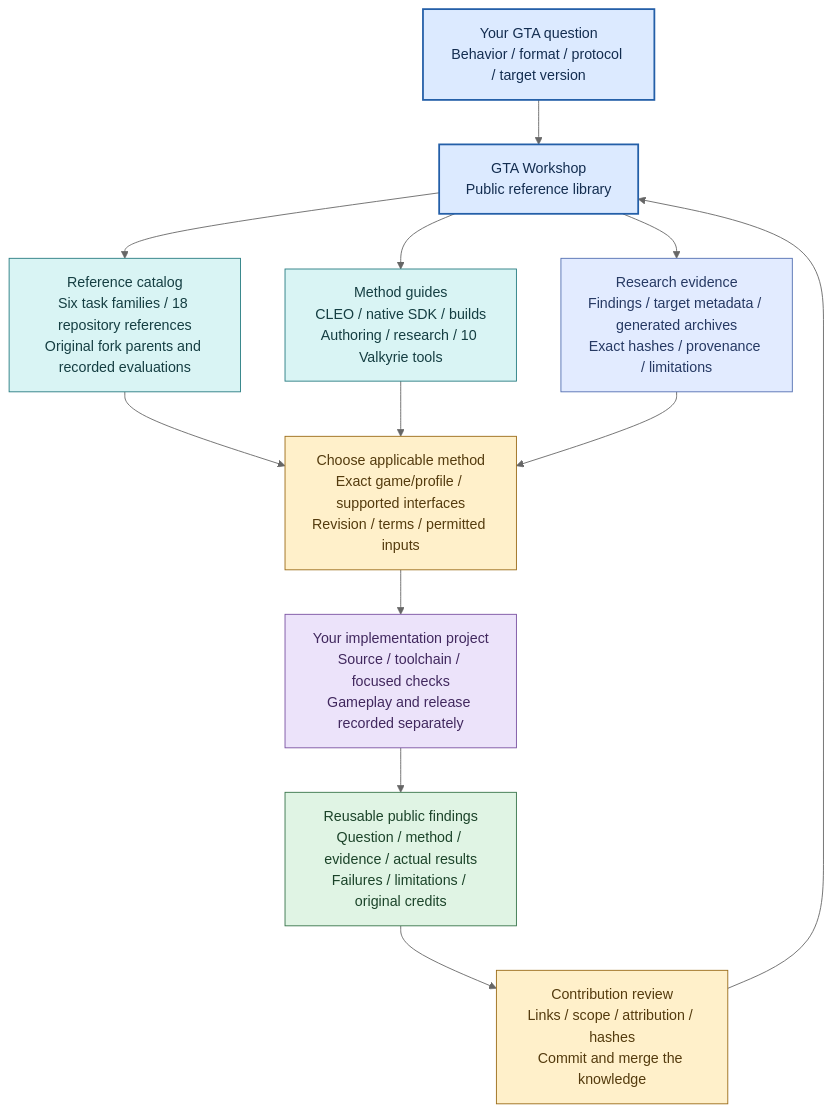
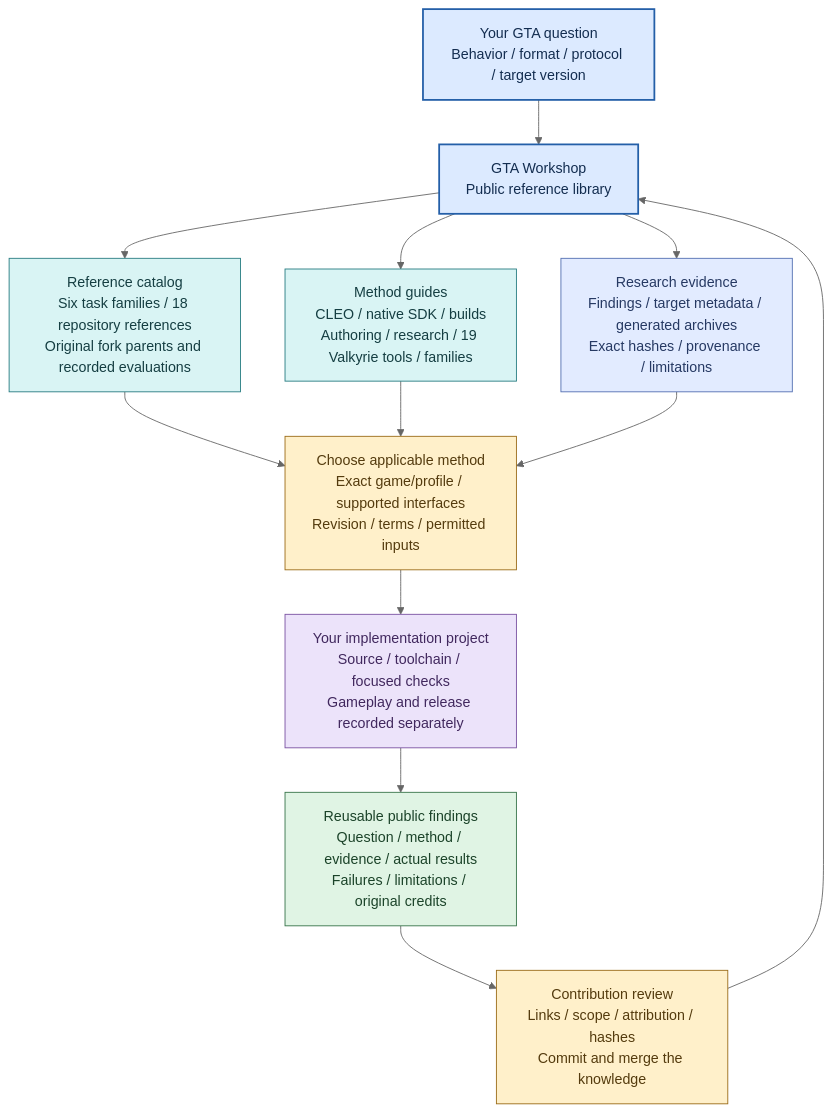
The diagram in docs/workshop/ownership.mmd (darkcenturies/gta-workshop), drawn with Mermaid (neutral theme) before and after one commit. The commit also changed 42 other files, not shown here.

Commit message:
Publish nine standalone Valkyrie tools and public GTA III development findings.

```diff
--- a/docs/workshop/ownership.mmd
+++ b/docs/workshop/ownership.mmd
@@ -1,43 +1,43 @@
 flowchart TB
     accTitle: Public GTA reference library navigation
     accDescr: A reader chooses a GTA task, consults public upstream references and methods, studies evidence, works in their own implementation project and returns reusable findings. No private product owners are cataloged.
     Q["Your GTA question
 Behavior / format / protocol / target version"]:::hub
     LIB["GTA Workshop
 Public reference library"]:::hub
     CAT["Reference catalog
 Six task families / 18 repository references
 Original fork parents and recorded evaluations"]:::reference
     GUIDE["Method guides
 CLEO / native SDK / builds
-Authoring / research / 10 Valkyrie tools"]:::reference
+Authoring / research / 19 Valkyrie tools / families"]:::reference
     EVID["Research evidence
 Findings / target metadata / generated archives
 Exact hashes / provenance / limitations"]:::evidence
     TASK["Choose applicable method
 Exact game/profile / supported interfaces
 Revision / terms / permitted inputs"]:::gate
     WORK["Your implementation project
 Source / toolchain / focused checks
 Gameplay and release recorded separately"]:::project
     RETURN["Reusable public findings
 Question / method / evidence / actual results
 Failures / limitations / original credits"]:::public
     REVIEW["Contribution review
 Links / scope / attribution / hashes
 Commit and merge the knowledge"]:::gate
     Q --> LIB
     LIB --> CAT & GUIDE & EVID
     CAT & GUIDE & EVID --> TASK
     TASK --> WORK
     WORK --> RETURN
     RETURN --> REVIEW
     REVIEW --> LIB
 
     classDef hub fill:#dceaff,stroke:#245fa8,color:#132d50,stroke-width:2px;
     classDef reference fill:#d9f4f4,stroke:#267b80,color:#153e42;
     classDef gate fill:#fff0ca,stroke:#9a6a16,color:#543b0e;
     classDef evidence fill:#e2ebff,stroke:#526eb1,color:#263963;
     classDef public fill:#e0f4e4,stroke:#367349,color:#1b4329;
     classDef project fill:#ece3fa,stroke:#7950a1,color:#41285e;
     classDef excluded fill:#ffe4e0,stroke:#b64c41,color:#622820;
```
